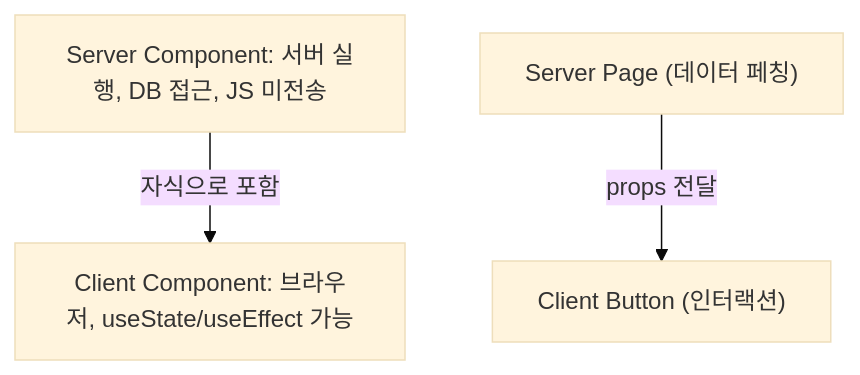
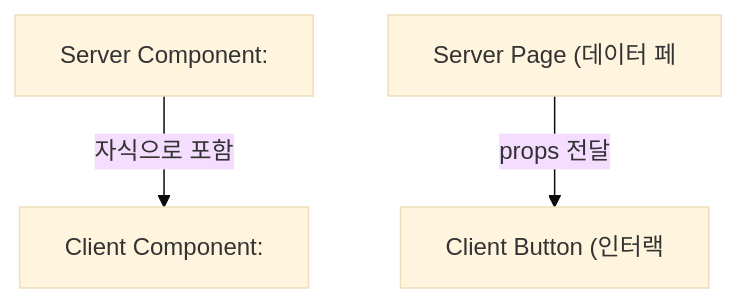
Before and after one commit to yjkim2015/yjkim2015.github.io: the third of 5 diagrams in _posts/frontend/2026-05-01-nextjs.md, drawn with Mermaid (base theme). The commit also changed other lines of this file and 271 other files, not shown here.

First line of the commit message:
Mermaid 라벨 축소: 긴 노드 텍스트 18자 이하로 트림 + \n 제거

````diff
--- a/_posts/frontend/2026-05-01-nextjs.md
+++ b/_posts/frontend/2026-05-01-nextjs.md
@@ -108,9 +108,9 @@
 ```mermaid
 flowchart TD
-    SC["Server Component: 서버 실행, DB 접근, JS 미전송"]
-    CC["Client Component: 브라우저, useState/useEffect 가능"]
-    SP["Server Page (데이터 페칭)"]
-    CP["Client Button (인터랙션)"]
+    SC["Server Component:"]
+    CC["Client Component:"]
+    SP["Server Page (데이터 페"]
+    CP["Client Button (인터랙"]
     SC -->|"자식으로 포함"| CC
     SP -->|"props 전달"| CP
 ```
````
